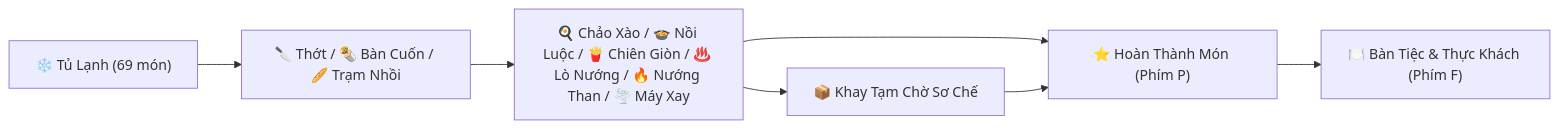
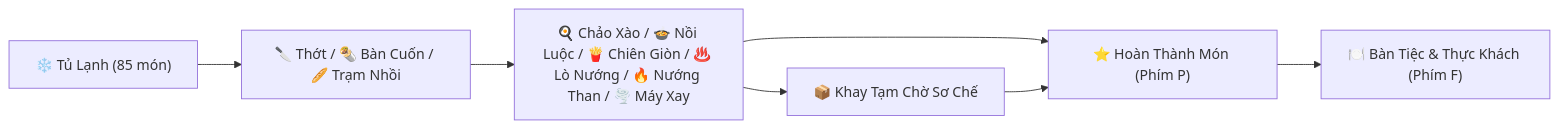
Before and after one commit to anhlocvu/yum_craft_kitchen: the diagram in README.md, drawn with Mermaid. The commit also changed other lines of this file and 2 other files, not shown here.

````diff
--- a/README.md
+++ b/README.md
@@ -81,9 +85,9 @@
 ```mermaid
 graph LR
-    Fridge["❄️ Tủ Lạnh (69 món)"] --> Prep["🔪 Thớt / 🌯 Bàn Cuốn / 🥖 Trạm Nhồi"]
+    Fridge["❄️ Tủ Lạnh (85 món)"] --> Prep["🔪 Thớt / 🌯 Bàn Cuốn / 🥖 Trạm Nhồi"]
     Prep --> Heat["🍳 Chảo Xào / 🍲 Nồi Luộc / 🍟 Chiên Giòn / ♨️ Lò Nướng / 🔥 Nướng Than / 🌪️ Máy Xay"]
     Heat --> Staging["📦 Khay Tạm Chờ Sơ Chế"]
     Heat --> Finish["⭐ Hoàn Thành Món (Phím P)"]
     Staging --> Finish
     Finish --> Plate["🍽️ Bàn Tiệc & Thực Khách (Phím F)"]
 ```
````
